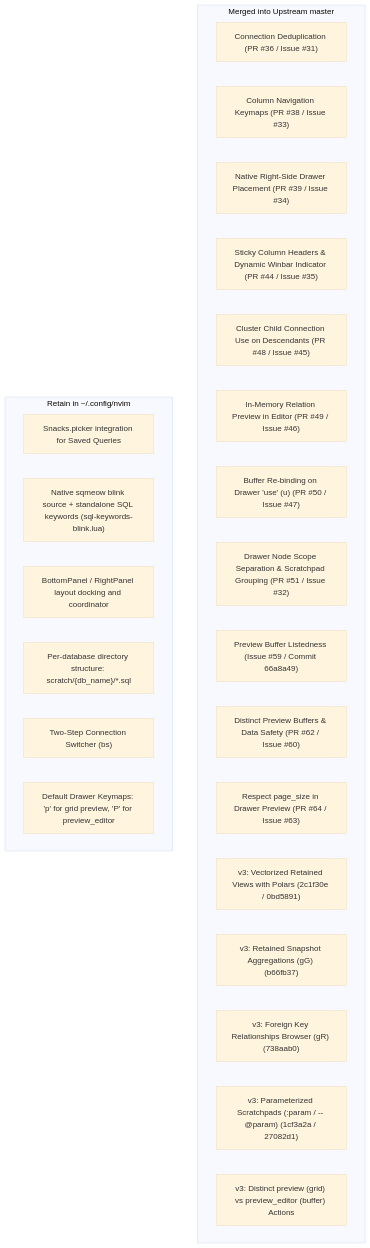
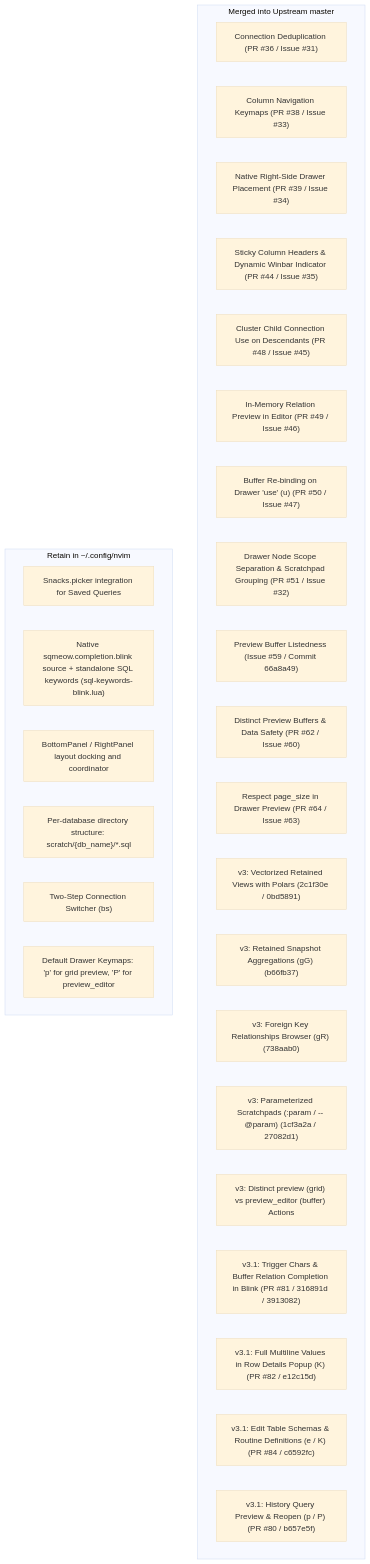
The diagram in database_agent.md (george-tk/nvim), drawn with Mermaid (base theme) before and after one commit. The commit also changed other lines of this file and 5 other files, not shown here.

Commit message:
refactor(database): adopt upstream sqmeow.completion.blink, retire custom blink source and update baseline

````diff
--- a/database_agent.md
+++ b/database_agent.md
@@ -36,30 +34,34 @@
 ```mermaid
 flowchart TD
     subgraph Resolved Upstream [Merged into Upstream master]
         A["Connection Deduplication (PR #36 / Issue #31)"]
         C["Column Navigation Keymaps (PR #38 / Issue #33)"]
         I["Native Right-Side Drawer Placement (PR #39 / Issue #34)"]
         D["Sticky Column Headers & Dynamic Winbar Indicator (PR #44 / Issue #35)"]
         J["Cluster Child Connection Use on Descendants (PR #48 / Issue #45)"]
         K["In-Memory Relation Preview in Editor (PR #49 / Issue #46)"]
         L["Buffer Re-binding on Drawer 'use' (u) (PR #50 / Issue #47)"]
         B["Drawer Node Scope Separation & Scratchpad Grouping (PR #51 / Issue #32)"]
         N["Preview Buffer Listedness (Issue #59 / Commit 66a8a49)"]
         O["Distinct Preview Buffers & Data Safety (PR #62 / Issue #60)"]
         P["Respect page_size in Drawer Preview (PR #64 / Issue #63)"]
         Q["v3: Vectorized Retained Views with Polars (2c1f30e / 0bd5891)"]
         R["v3: Retained Snapshot Aggregations (gG) (b66fb37)"]
         S["v3: Foreign Key Relationships Browser (gR) (738aab0)"]
         T["v3: Parameterized Scratchpads (:param / -- @param) (1cf3a2a / 27082d1)"]
         U["v3: Distinct preview (grid) vs preview_editor (buffer) Actions"]
+        W["v3.1: Trigger Chars & Buffer Relation Completion in Blink (PR #81 / 316891d / 3913082)"]
+        X["v3.1: Full Multiline Values in Row Details Popup (K) (PR #82 / e12c15d)"]
+        Y["v3.1: Edit Table Schemas & Routine Definitions (e / K) (PR #84 / c6592fc)"]
+        Z["v3.1: History Query Preview & Reopen (p / P) (PR #80 / b657e5f)"]
     end
 
     subgraph User Config Integrations [Retain in ~/.config/nvim]
         E["Snacks.picker integration for Saved Queries"]
-        F["Native sqmeow blink source + standalone SQL keywords (sql-keywords-blink.lua)"]
+        F["Native sqmeow.completion.blink source + standalone SQL keywords (sql-keywords-blink.lua)"]
         G["BottomPanel / RightPanel layout docking and coordinator"]
         H["Per-database directory structure: scratch/{db_name}/*.sql"]
         M["Two-Step Connection Switcher (<leader>bs)"]
         V["Default Drawer Keymaps: 'p' for grid preview, 'P' for preview_editor"]
     end
 ```
````
